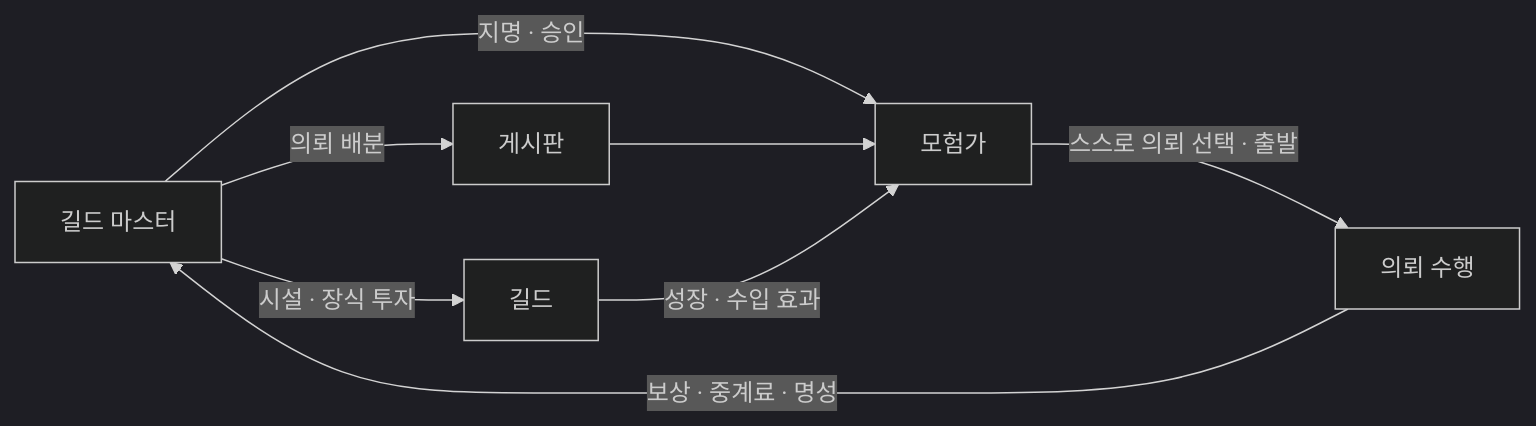
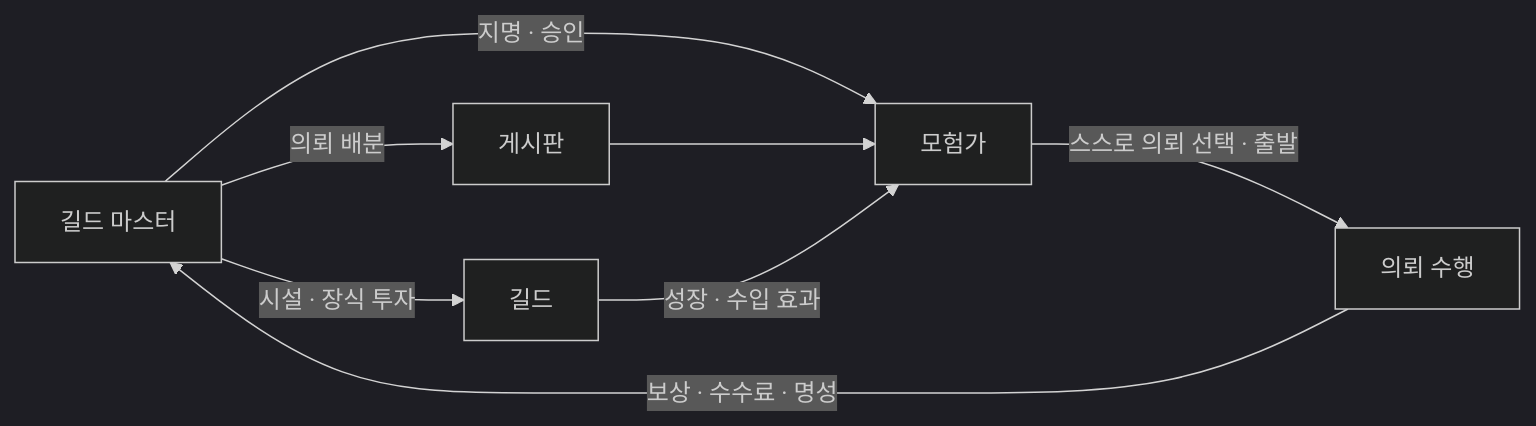
Before and after one commit to applesoda01/Project_F: the first of 2 diagrams in docs/book-v2/src/ch01/concept.md, drawn with Mermaid (dark theme). The commit also changed other lines of this file and 115 other files, not shown here.

````diff
--- a/docs/book-v2/src/ch01/concept.md
+++ b/docs/book-v2/src/ch01/concept.md
@@ -18,10 +18,10 @@
 ```mermaid
 flowchart LR
   P[길드 마스터] -->|의뢰 배분| B[게시판]
   P -->|시설 · 장식 투자| G[길드]
   P -->|지명 · 승인| A[모험가]
   B --> A
   G -->|성장 · 수입 효과| A
   A -->|스스로 의뢰 선택 · 출발| Q[의뢰 수행]
-  Q -->|보상 · 중계료 · 명성| P
+  Q -->|보상 · 수수료 · 명성| P
 ```
````
